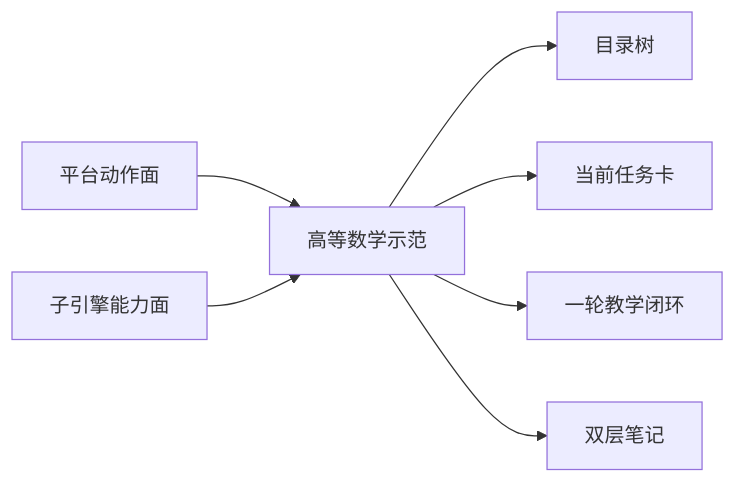
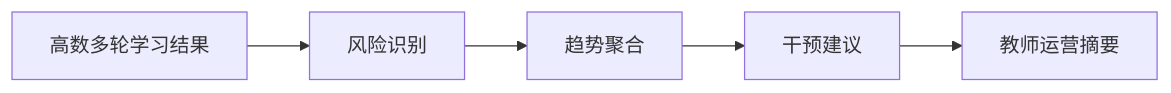
Before and after one commit to chenqsq/doc-showcase: the second of 2 diagrams in doc/智能体文档/学科层/高等数学-平台接入示范.md, drawn with Mermaid. The commit also changed other lines of this file and 20 other files, not shown here.

````diff
--- a/doc/智能体文档/学科层/高等数学-平台接入示范.md
+++ b/doc/智能体文档/学科层/高等数学-平台接入示范.md
@@ -153,9 +93,7 @@
 ```mermaid
 flowchart LR
-    A[平台动作面] --> B[高等数学示范]
-    C[子引擎能力面] --> B
-    B --> D[目录树]
-    B --> E[当前任务卡]
-    B --> F[一轮教学闭环]
-    B --> G[双层笔记]
+    A[高数多轮学习结果] --> B[风险识别]
+    B --> C[趋势聚合]
+    C --> D[干预建议]
+    D --> E[教师运营摘要]
 ```
````
